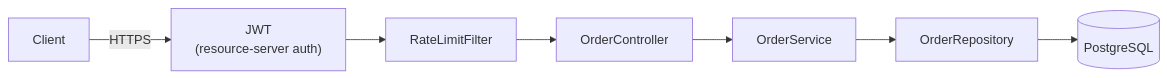
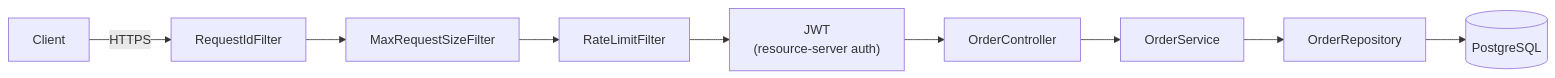
The first of 2 diagrams in README.md (ronybrand/spring-order-api), drawn with Mermaid before and after one commit. The commit also changed other lines of this file, not shown here.

First line of the commit message:
docs(readme): correct request flow diagram and document PII masking

````diff
--- a/README.md
+++ b/README.md
@@ -16,4 +16,4 @@
 ```mermaid
 flowchart LR
-    Client -->|HTTPS| JWT["JWT<br/>(resource-server auth)"] --> RateLimit[RateLimitFilter] --> Controller[OrderController] --> OrderService --> Repository[OrderRepository] --> DB[(PostgreSQL)]
+    Client -->|HTTPS| RequestId[RequestIdFilter] --> MaxSize[MaxRequestSizeFilter] --> RateLimit[RateLimitFilter] --> JWT["JWT<br/>(resource-server auth)"] --> Controller[OrderController] --> OrderService --> Repository[OrderRepository] --> DB[(PostgreSQL)]
 ```
````
